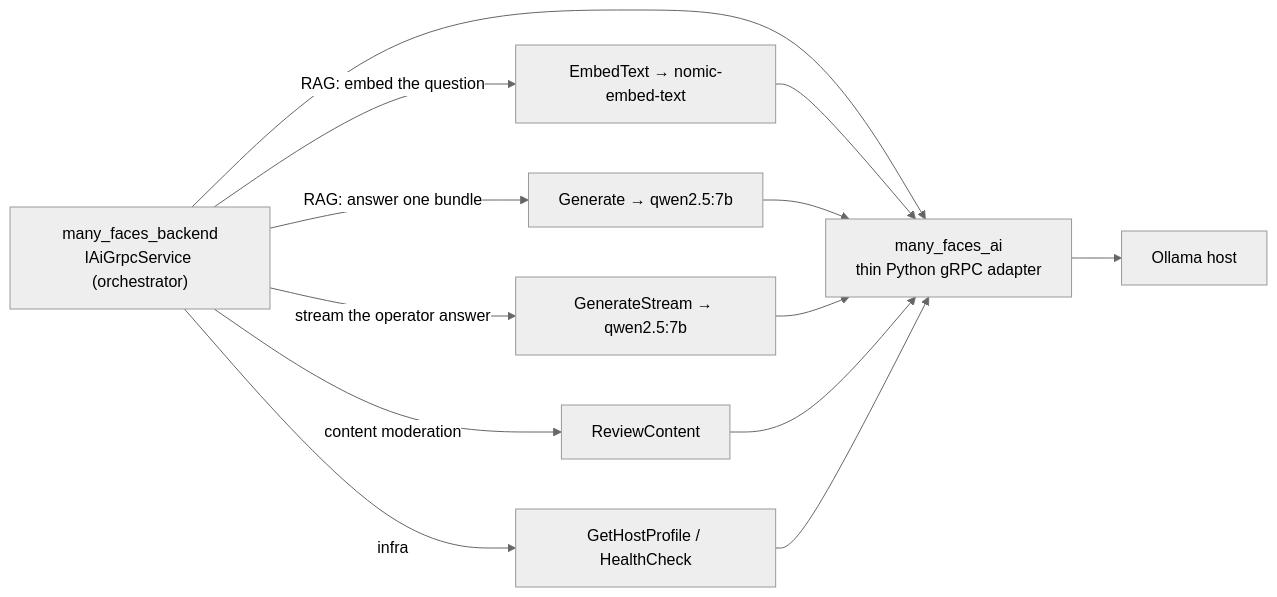
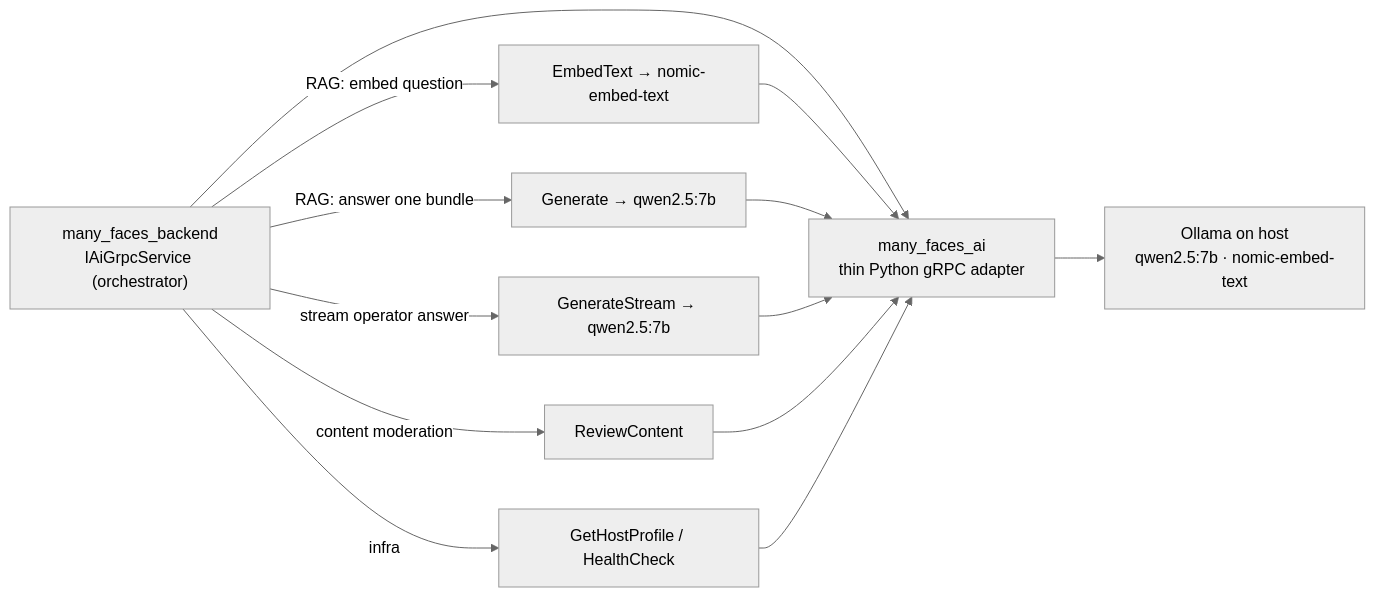
One commit to 01laky/many_faces_ai changed the diagram in README.md. Above: the diagram before and after it, drawn with Mermaid (neutral theme). The commit also changed other lines of this file, not shown here.

````diff
--- a/README.md
+++ b/README.md
@@ -37,15 +41,17 @@
 ```mermaid
 flowchart LR
     be["many_faces_backend<br/>IAiGrpcService (orchestrator)"] --> grpc["many_faces_ai<br/>thin Python gRPC adapter"]
-    grpc --> ollama["Ollama host"]
-    be -->|"RAG: embed the question"| embed["EmbedText → nomic-embed-text"]
+    grpc --> ollama["Ollama on host<br/>qwen2.5:7b · nomic-embed-text"]
+
+    be -->|"RAG: embed question"| embed["EmbedText → nomic-embed-text"]
     be -->|"RAG: answer one bundle"| gen["Generate → qwen2.5:7b"]
-    be -->|"stream the operator answer"| stream["GenerateStream → qwen2.5:7b"]
+    be -->|"stream operator answer"| stream["GenerateStream → qwen2.5:7b"]
     be -->|"content moderation"| review["ReviewContent"]
     be -->|"infra"| profile["GetHostProfile / HealthCheck"]
+
     embed --> grpc
     gen --> grpc
     stream --> grpc
     review --> grpc
     profile --> grpc
 ```
````
